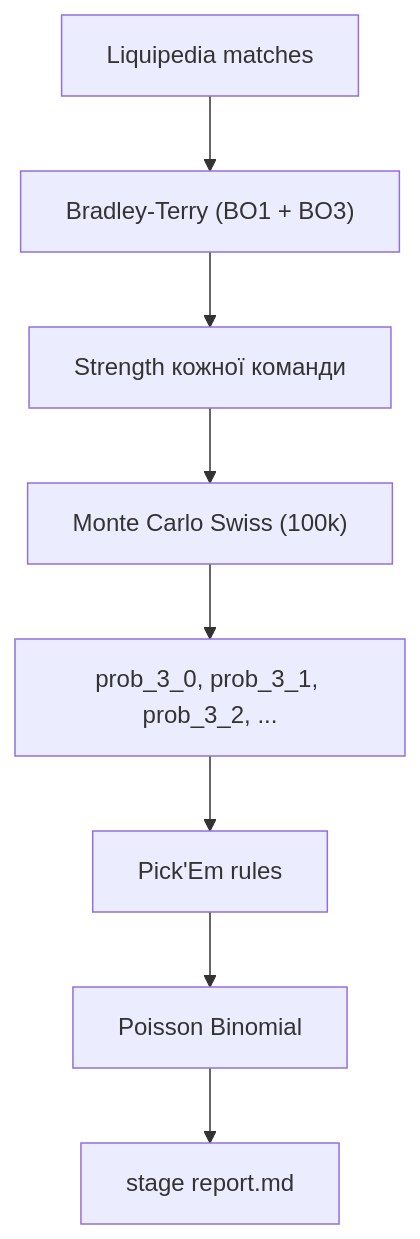
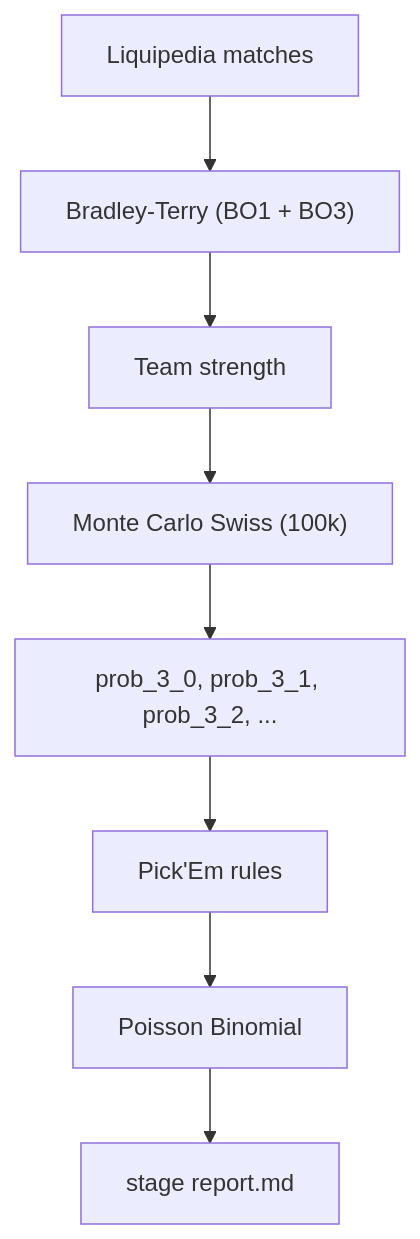
Before and after one commit to Krabaton/CS2-Pick-Em-Predictor-Intel-Extreme-Masters-Krakow-2026: the first of 3 diagrams in MODEL.md, drawn with Mermaid. The commit also changed other lines of this file and 4 other files, not shown here.

````diff
--- a/MODEL.md
+++ b/MODEL.md
@@ -9,10 +11,10 @@
 ```mermaid
 flowchart TD
     A[Liquipedia matches] --> B["Bradley-Terry (BO1 + BO3)"]
-    B --> C[Strength кожної команди]
+    B --> C[Team strength]
     C --> D["Monte Carlo Swiss (100k)"]
     D --> E["prob_3_0, prob_3_1, prob_3_2, ..."]
     E --> F[Pick'Em rules]
     F --> G[Poisson Binomial]
     G --> H[stage report.md]
 ```
````
